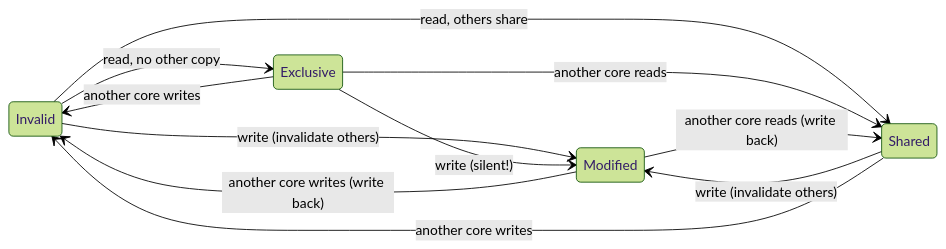
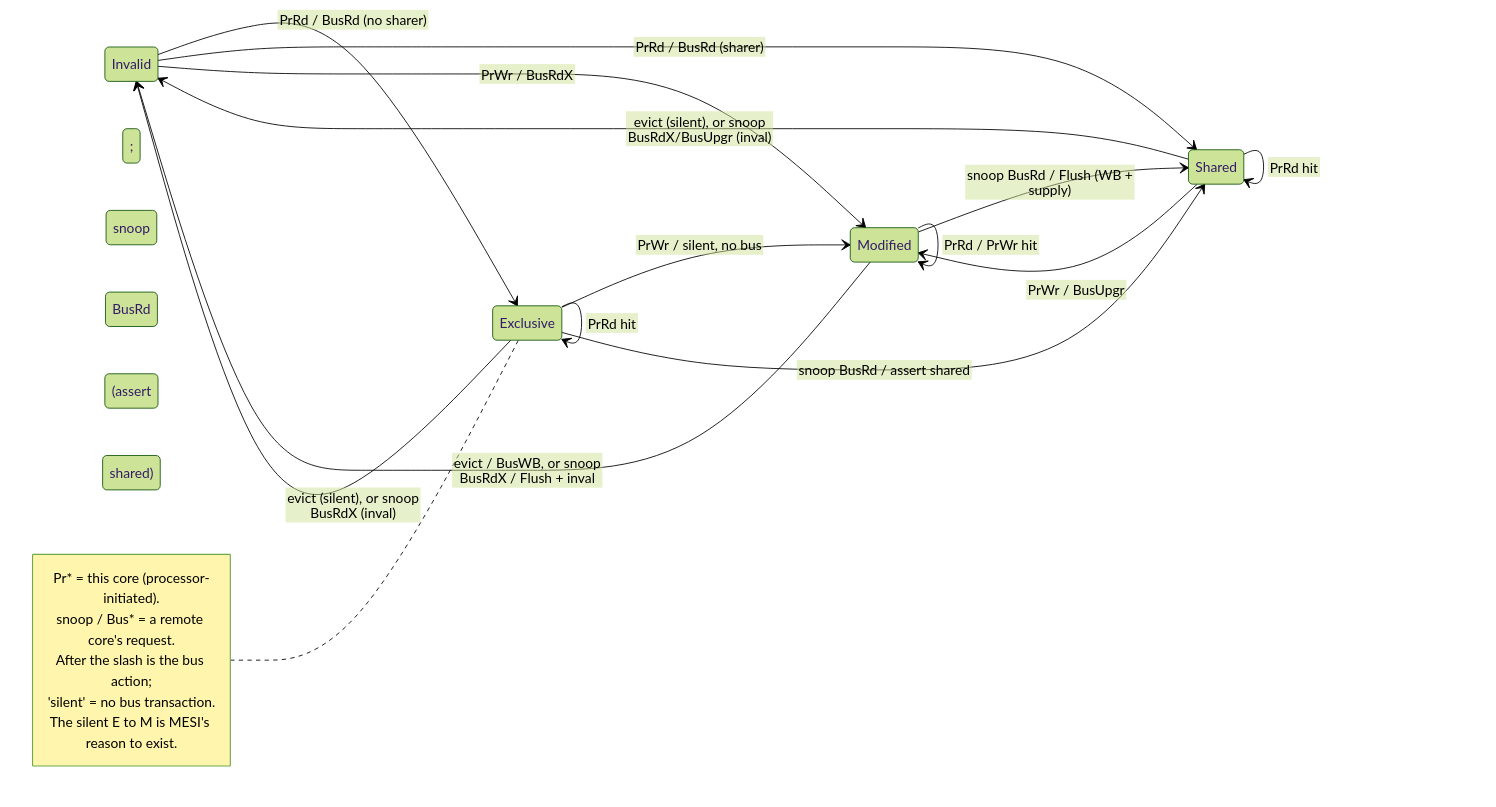
The diagram in 01_Architecture_and_PPA/02_CPU/01_CPU_Architecture.md (Wty2003328/silicon-design-notebook), drawn with Mermaid (forest theme) before and after one commit. The commit also changed other lines of this file and 12 other files, not shown here.

Commit message:
Architecture book hierarchy (Parts->Chapters->Sections TOC + chapter indexes), deep MESI rebuild + state diagram, CHI + 2-bit-predictor diagrams, cross-ref fixes

````diff
--- a/01_Architecture_and_PPA/02_CPU/01_CPU_Architecture.md
+++ b/01_Architecture_and_PPA/02_CPU/01_CPU_Architecture.md
@@ -330,19 +378,29 @@
 ```mermaid
-%%{init: {"flowchart": {"defaultRenderer": "elk"}}}%%
+%%{init: {"flowchart": {"defaultRenderer": "elk", "nodeSpacing": 55, "rankSpacing": 55, "htmlLabels": false}}}%%
 stateDiagram-v2
     direction LR
     I: Invalid
     S: Shared
     E: Exclusive
     M: Modified
-    I --> E: read, no other copy
-    I --> S: read, others share
-    I --> M: write (invalidate others)
-    E --> M: write (silent!)
-    E --> S: another core reads
-    S --> M: write (invalidate others)
-    S --> I: another core writes
-    E --> I: another core writes
-    M --> S: another core reads (write back)
-    M --> I: another core writes (write back)
+    I --> E: PrRd / BusRd (no sharer)
+    I --> S: PrRd / BusRd (sharer)
+    I --> M: PrWr / BusRdX
+    S --> M: PrWr / BusUpgr
+    E --> M: PrWr / silent, no bus
+    E --> S: snoop BusRd / assert shared
+    M --> S: snoop BusRd / Flush (WB + supply)
+    S --> I: evict (silent), or snoop BusRdX/BusUpgr (inval)
+    E --> I: evict (silent), or snoop BusRdX (inval)
+    M --> I: evict / BusWB, or snoop BusRdX / Flush + inval
+    S --> S: PrRd hit; snoop BusRd (assert shared)
+    E --> E: PrRd hit
+    M --> M: PrRd / PrWr hit
+    note left of E
+      Pr* = this core (processor-initiated).
+      snoop / Bus* = a remote core's request.
+      After the slash is the bus action;
+      'silent' = no bus transaction.
+      The silent E to M is MESI's reason to exist.
+    end note
 ```
````
